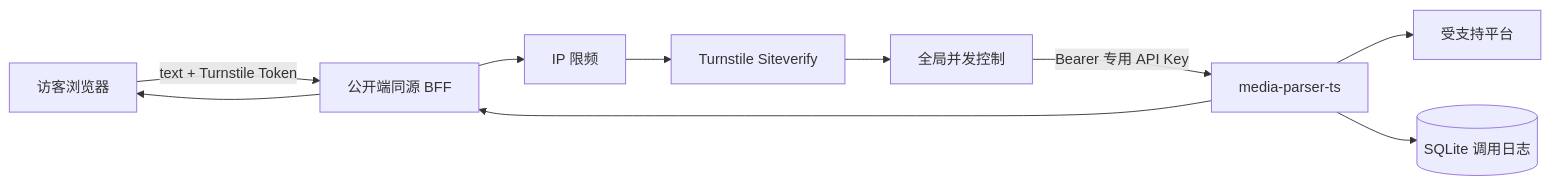
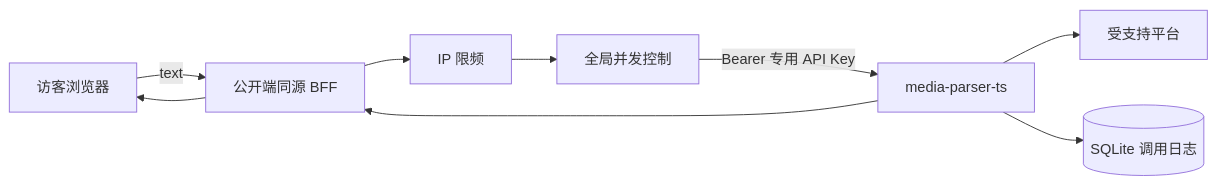
The second of 2 diagrams in docs/public-web-design/README.md (x-dr/media-parser-ts), drawn with Mermaid before and after one commit. The commit also changed other lines of this file and 8 other files, not shown here.

````diff
--- a/docs/public-web-design/README.md
+++ b/docs/public-web-design/README.md
@@ -503,12 +502,11 @@
 ```mermaid
 flowchart LR
-    Browser[访客浏览器] -->|text + Turnstile Token| BFF[公开端同源 BFF]
+    Browser[访客浏览器] -->|text| BFF[公开端同源 BFF]
     BFF --> Rate[IP 限频]
-    Rate --> Verify[Turnstile Siteverify]
-    Verify --> Concurrency[全局并发控制]
+    Rate --> Concurrency[全局并发控制]
     Concurrency -->|Bearer 专用 API Key| Core[media-parser-ts]
     Core --> Upstream[受支持平台]
     Core --> Database[(SQLite 调用日志)]
     Core --> BFF
     BFF --> Browser
 ```
````
